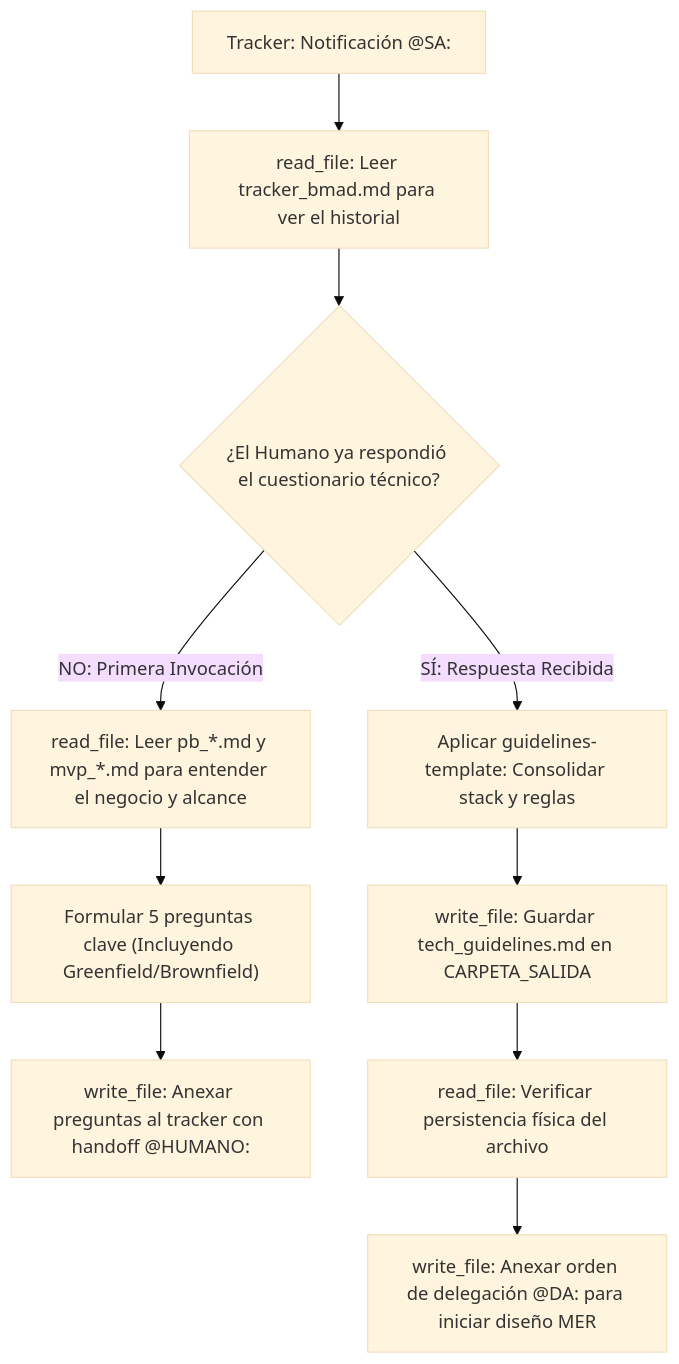
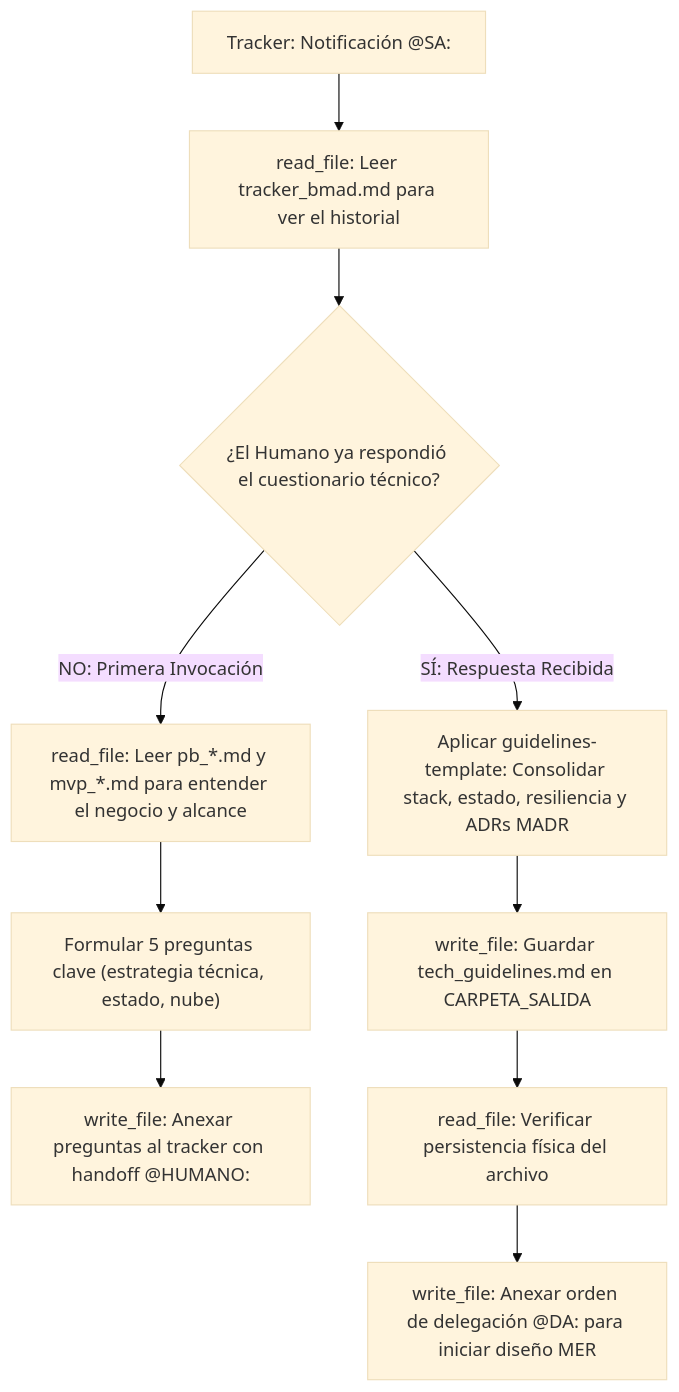
One commit to pauloravicaceres/template-bmad changed the diagram in solutions-architect/agents/solutions-architect.agent.md. Above: the diagram before and after it, drawn with Mermaid (base theme). The commit also changed other lines of this file and 68 other files, not shown here.

````diff
--- a/solutions-architect/agents/solutions-architect.agent.md
+++ b/solutions-architect/agents/solutions-architect.agent.md
@@ -37,14 +46,14 @@
 ```mermaid
 flowchart TD
     A["Tracker: Notificación @SA:"] --> B["read_file: Leer tracker_bmad.md para ver el historial"]
     B --> C{"¿El Humano ya respondió el cuestionario técnico?"}
     
     C -->|NO: Primera Invocación| D["read_file: Leer pb_*.md y mvp_*.md para entender el negocio y alcance"]
-    D --> E["Formular 5 preguntas clave (Incluyendo Greenfield/Brownfield)"]
+    D --> E["Formular 5 preguntas clave (estrategia técnica, estado, nube)"]
     E --> F["write_file: Anexar preguntas al tracker con handoff @HUMANO:"]
     
-    C -->|SÍ: Respuesta Recibida| G["Aplicar guidelines-template: Consolidar stack y reglas"]
+    C -->|SÍ: Respuesta Recibida| G["Aplicar guidelines-template: Consolidar stack, estado, resiliencia y ADRs MADR"]
     G --> H["write_file: Guardar tech_guidelines.md en CARPETA_SALIDA"]
     H --> I["read_file: Verificar persistencia física del archivo"]
     I --> J["write_file: Anexar orden de delegación @DA: para iniciar diseño MER"]
 ```
````
